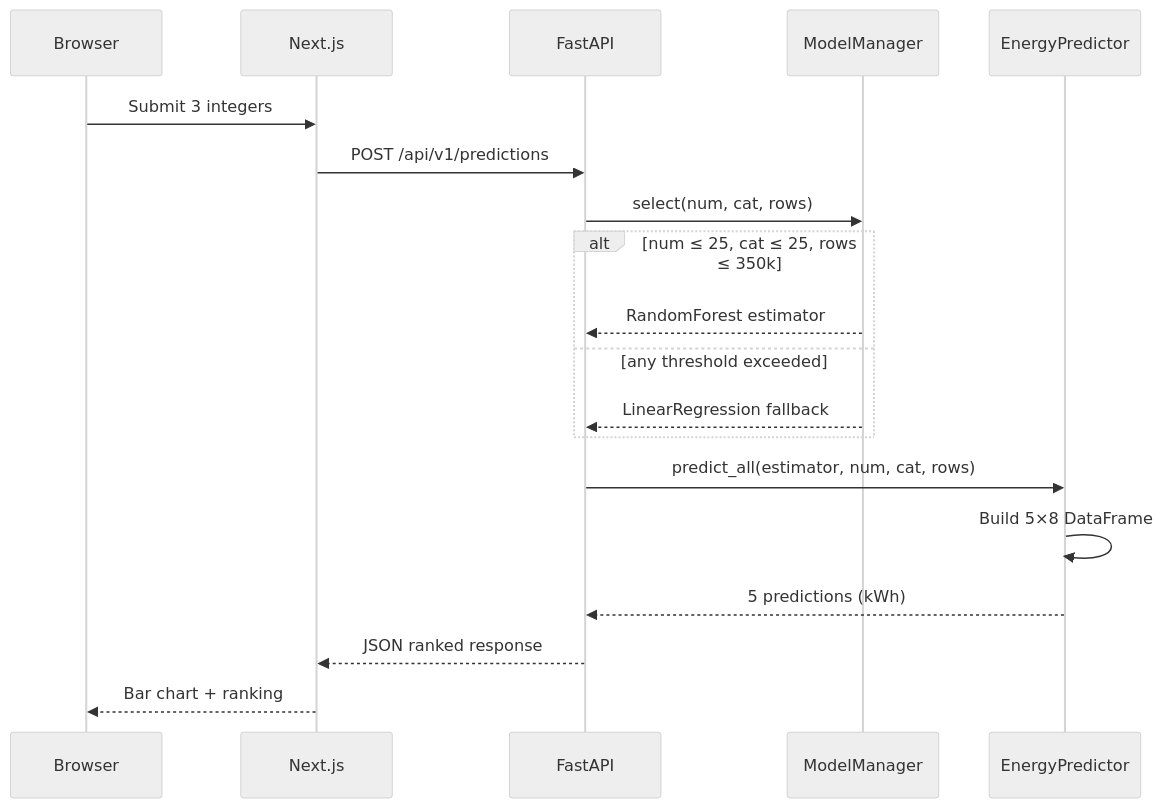
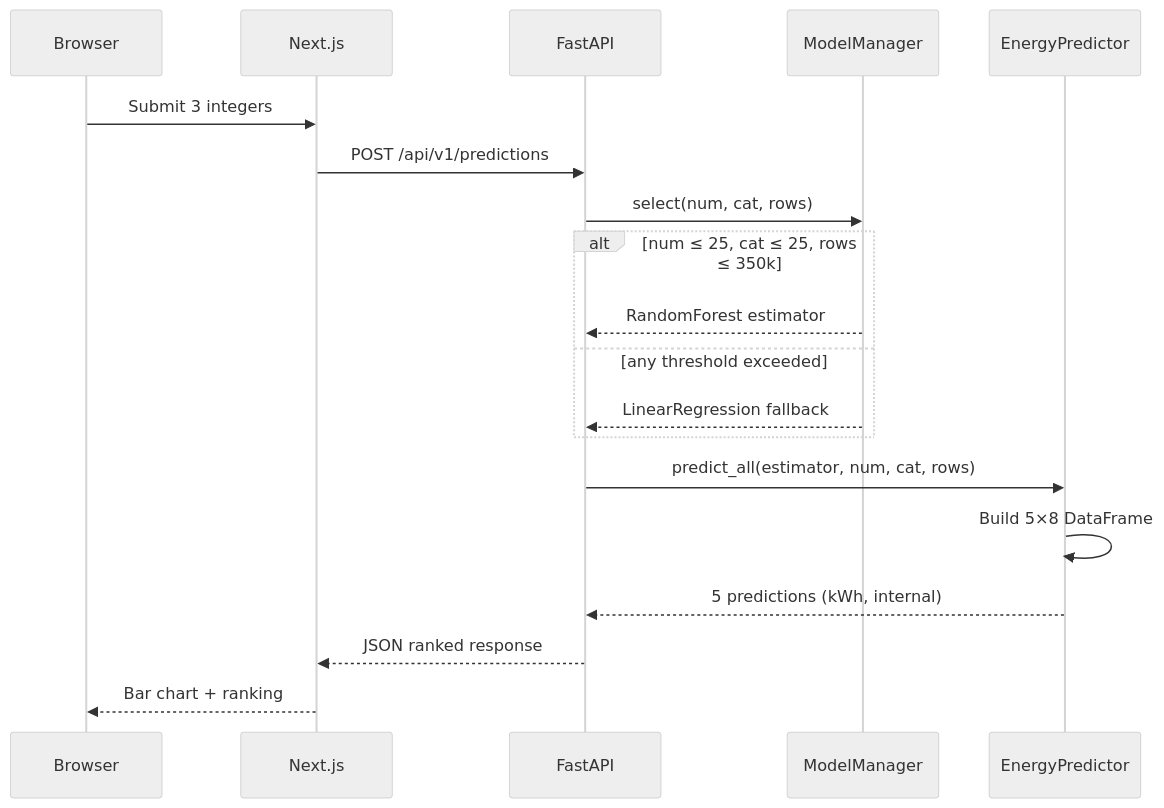
One commit to lukasgro63/hollerithengeryml changed the second of 3 diagrams in docs/ARCHITECTURE.md. Above: the diagram before and after it, drawn with Mermaid. The commit also changed other lines of this file and 12 other files, not shown here.

````diff
--- a/docs/ARCHITECTURE.md
+++ b/docs/ARCHITECTURE.md
@@ -50,23 +51,23 @@
 ```mermaid
 %%{init: {'theme': 'neutral'}}%%
 sequenceDiagram
     participant U as Browser
     participant W as Next.js
     participant A as FastAPI
     participant M as ModelManager
     participant P as EnergyPredictor
 
     U->>W: Submit 3 integers
     W->>A: POST /api/v1/predictions
     A->>M: select(num, cat, rows)
     alt num ≤ 25, cat ≤ 25, rows ≤ 350k
         M-->>A: RandomForest estimator
     else any threshold exceeded
         M-->>A: LinearRegression fallback
     end
     A->>P: predict_all(estimator, num, cat, rows)
     P->>P: Build 5×8 DataFrame
-    P-->>A: 5 predictions (kWh)
+    P-->>A: 5 predictions (kWh, internal)
     A-->>W: JSON ranked response
     W-->>U: Bar chart + ranking
 ```
````
